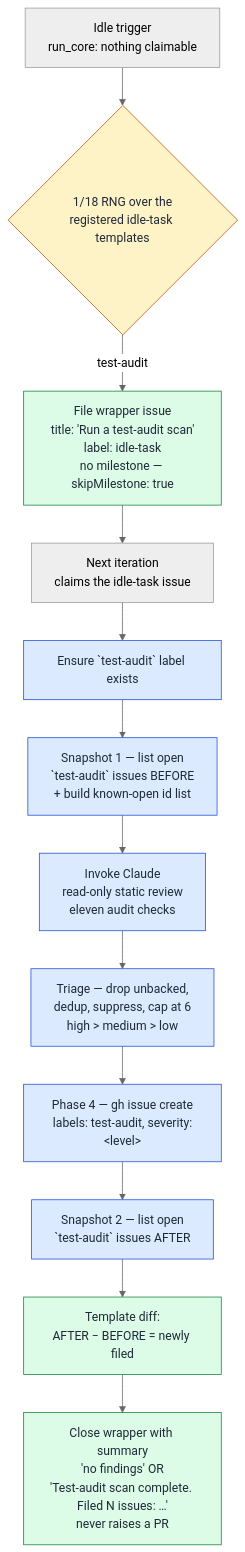
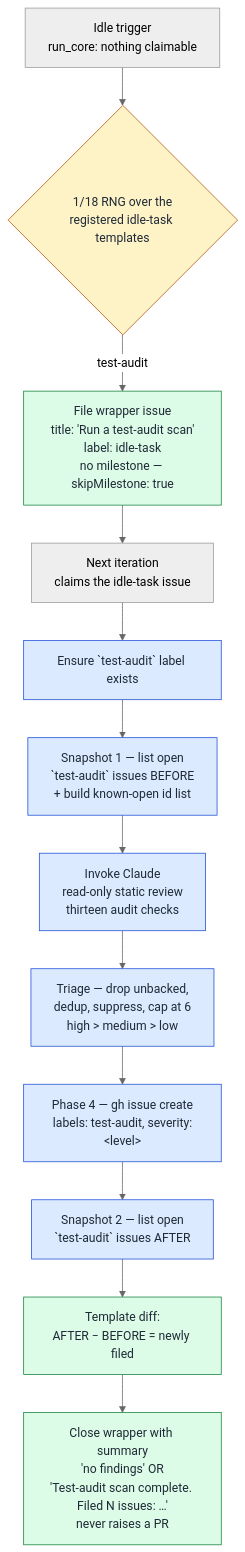
One commit to stSoftwareAU/VibeCoder changed the second of 2 diagrams in docs/TEST-AUDIT-SCAN.md. Above: the diagram before and after it, drawn with Mermaid (neutral theme). The commit also changed other lines of this file and 4 other files, not shown here.

````diff
--- a/docs/TEST-AUDIT-SCAN.md
+++ b/docs/TEST-AUDIT-SCAN.md
@@ -191,20 +203,20 @@
 ```mermaid
 flowchart TD
     classDef gate fill:#fef3c7,stroke:#b45309,color:#1f2937;
     classDef phase fill:#dbeafe,stroke:#1d4ed8,color:#1f2937;
     classDef output fill:#dcfce7,stroke:#15803d,color:#1f2937;
 
     Idle[Idle trigger<br/>run_core: nothing claimable]
     Idle --> Pick{1/18 RNG over the<br/>registered idle-task templates}
     Pick -- test-audit --> FileWrapper[File wrapper issue<br/>title: 'Run a test-audit scan'<br/>label: idle-task<br/>no milestone — skipMilestone: true]:::output
     FileWrapper --> Claim[Next iteration<br/>claims the idle-task issue]
     Claim --> Ensure[Ensure `test-audit` label exists]:::phase
     Ensure --> Before[Snapshot 1 — list open<br/>`test-audit` issues BEFORE<br/>+ build known-open id list]:::phase
-    Before --> Run[Invoke Claude<br/>read-only static review<br/>eleven audit checks]:::phase
+    Before --> Run[Invoke Claude<br/>read-only static review<br/>thirteen audit checks]:::phase
     Run --> Cap[Triage — drop unbacked,<br/>dedup, suppress, cap at 6<br/>high > medium > low]:::phase
     Cap --> FileFindings[Phase 4 — gh issue create<br/>labels: test-audit, severity:&lt;level&gt;]:::phase
     FileFindings --> After[Snapshot 2 — list open<br/>`test-audit` issues AFTER]:::phase
     After --> Diff[Template diff:<br/>AFTER − BEFORE = newly filed]:::output
     Diff --> Close[Close wrapper with summary<br/>'no findings' OR<br/>'Test-audit scan complete. Filed N issues: …'<br/>never raises a PR]:::output
     class Pick gate;
 ```
````
